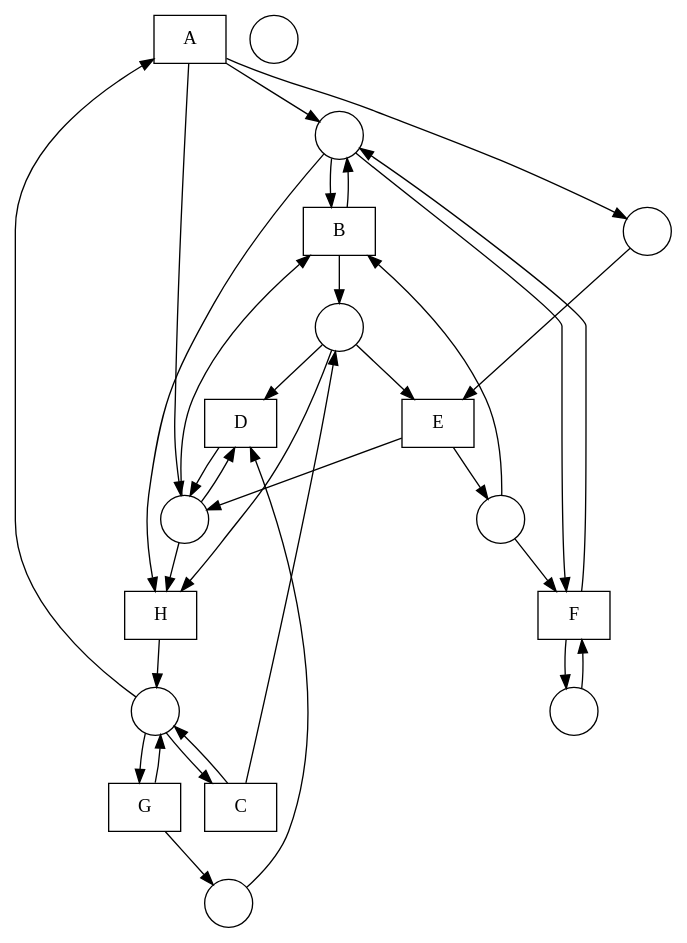
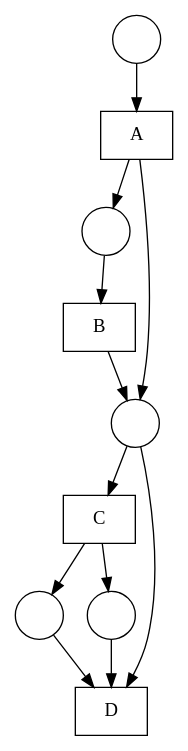
The diagram in nets/Fittest net.gv (DWitek97/GeneticMiner), drawn with Graphviz before and after one commit. The commit also changed 7 other files, not shown here.

```diff
--- a/nets/Fittest net.gv
+++ b/nets/Fittest net.gv
@@ -1,53 +1,24 @@
 digraph "Fittest net" {
 	node [shape=box]
 	A [label=A]
+	B [label=B]
+	C [label=C]
 	D [label=D]
-	E [label=E]
-	B [label=B]
-	G [label=G]
-	C [label=C]
-	H [label=H]
-	F [label=F]
 	node [shape=circle]
 	1 [label=" "]
 	2 [label=" "]
 	3 [label=" "]
 	4 [label=" "]
 	5 [label=" "]
-	6 [label=" "]
-	7 [label=" "]
-	8 [label=" "]
-	9 [label=" "]
-	4 -> A
-	A -> 7
+	1 -> A
+	A -> 5
 	A -> 3
-	A -> 5
-	9 -> D
-	7 -> D
-	1 -> D
-	D -> 7
-	1 -> E
-	5 -> E
-	E -> 6
-	E -> 7
-	6 -> B
 	3 -> B
-	7 -> B
-	B -> 3
-	B -> 1
-	4 -> G
-	G -> 4
-	G -> 9
-	4 -> C
-	C -> 1
+	B -> 5
+	5 -> C
+	C -> 2
 	C -> 4
-	1 -> H
-	3 -> H
-	7 -> H
-	H -> 4
-	3 -> F
-	6 -> F
-	2 -> F
-	F -> 3
-	F -> 2
+	5 -> D
+	4 -> D
+	2 -> D
 }
```
